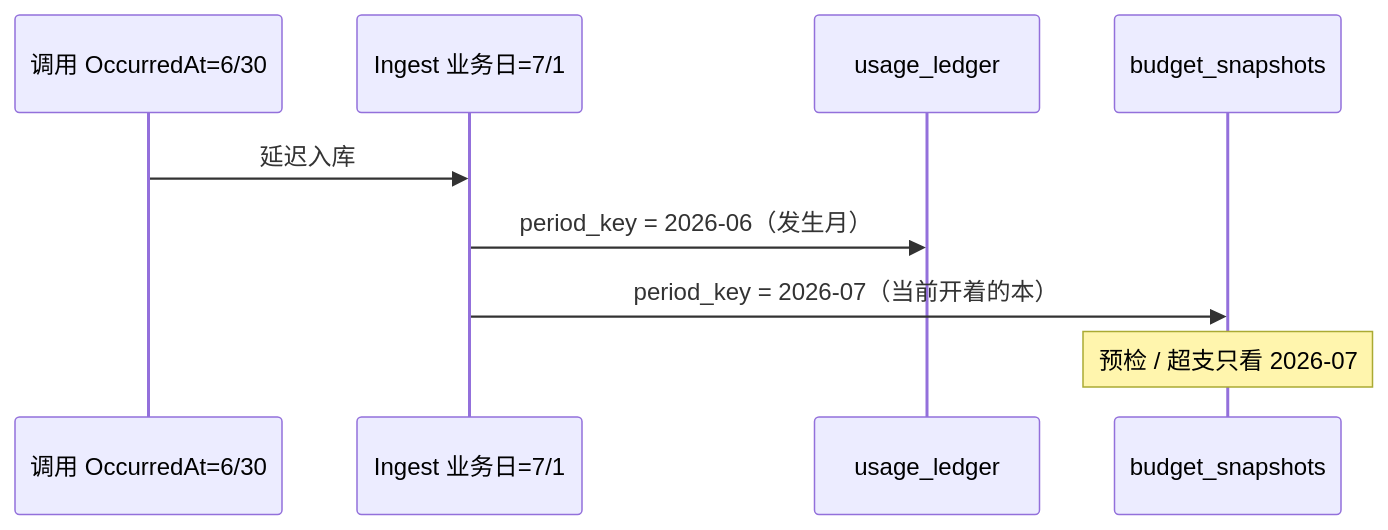
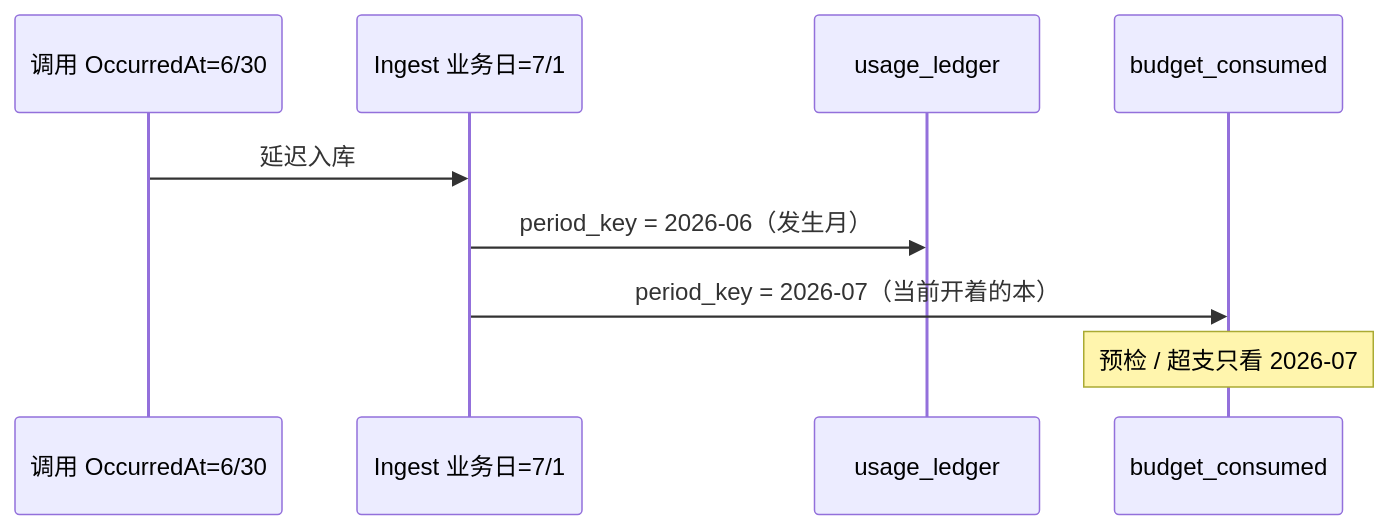
The third of 9 diagrams in docs/Backend-业务时钟与账期.md (quyip8818/mytokenjoy), drawn with Mermaid before and after one commit. The commit also changed other lines of this file and 16 other files, not shown here.

````diff
--- a/docs/Backend-业务时钟与账期.md
+++ b/docs/Backend-业务时钟与账期.md
@@ -61,11 +61,11 @@
 ```mermaid
 sequenceDiagram
   participant Call as 调用 OccurredAt=6/30
   participant Ingest as Ingest 业务日=7/1
   participant Ledger as usage_ledger
-  participant Snap as budget_snapshots
+  participant Snap as budget_consumed
   Call->>Ingest: 延迟入库
   Ingest->>Ledger: period_key = 2026-06（发生月）
   Ingest->>Snap: period_key = 2026-07（当前开着的本）
   Note over Snap: 预检 / 超支只看 2026-07
 ```
````
